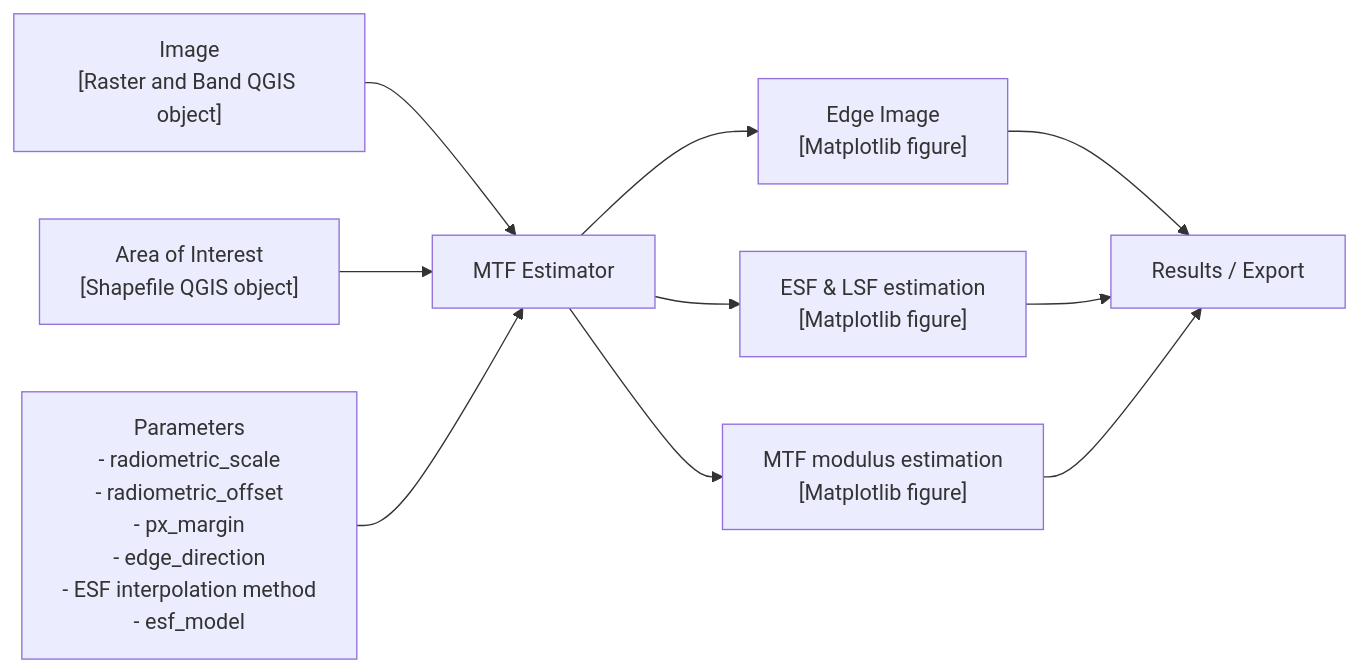
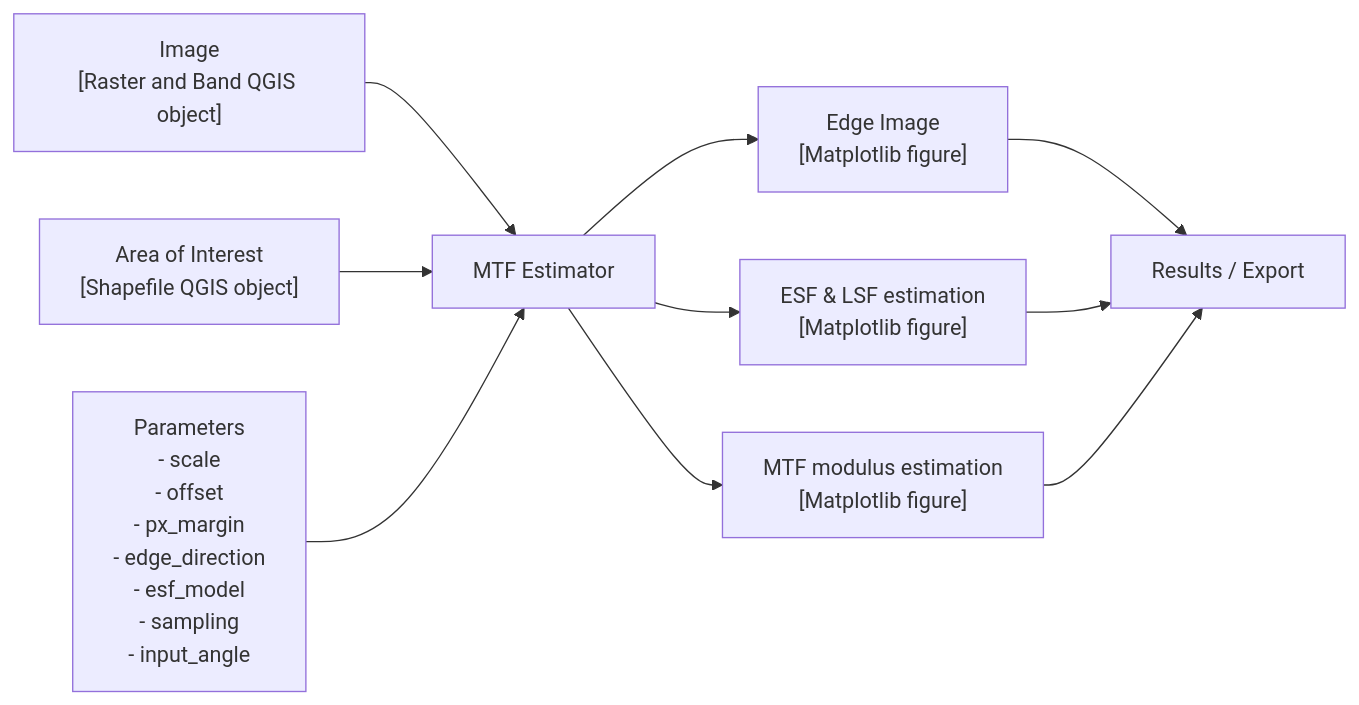
One commit to telespazio-tim/qgis-image-quality-toolset changed the first of 2 diagrams in README.md. Above: the diagram before and after it, drawn with Mermaid. The commit also changed other lines of this file, not shown here.

First line of the commit message:
DOC: README corrections (parameters, command line, data, naming)

````diff
--- a/README.md
+++ b/README.md
@@ -64,12 +64,12 @@
 ```mermaid
 flowchart LR
     A1["Image<br>[Raster and Band QGIS object]"] --> B["MTF Estimator"]
     A2["Area of Interest<br>[Shapefile QGIS object]"] --> B["MTF Estimator"]
-    A3["Parameters<br>- radiometric_scale<br>- radiometric_offset<br>- px_margin<br>- edge_direction<br>- ESF interpolation method<br>- esf_model"] --> B
+    A3["Parameters<br>- scale<br>- offset<br>- px_margin<br>- edge_direction<br>- esf_model<br>- sampling<br>- input_angle"] --> B
     B --> C1["Edge Image<br>[Matplotlib figure]"]
     B --> C2["ESF &amp; LSF estimation<br>[Matplotlib figure]"]
     B --> C3["MTF modulus estimation<br>[Matplotlib figure]"]
     C1 --> E[Results / Export]
     C2 --> E[Results / Export]
     C3 --> E[Results / Export]
 ```
````
